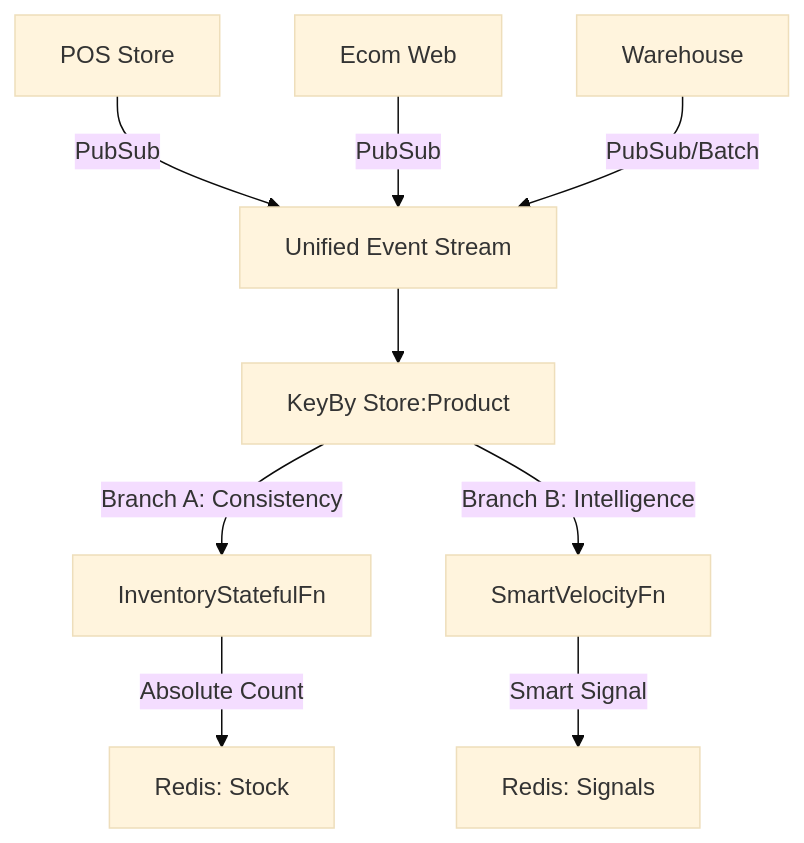
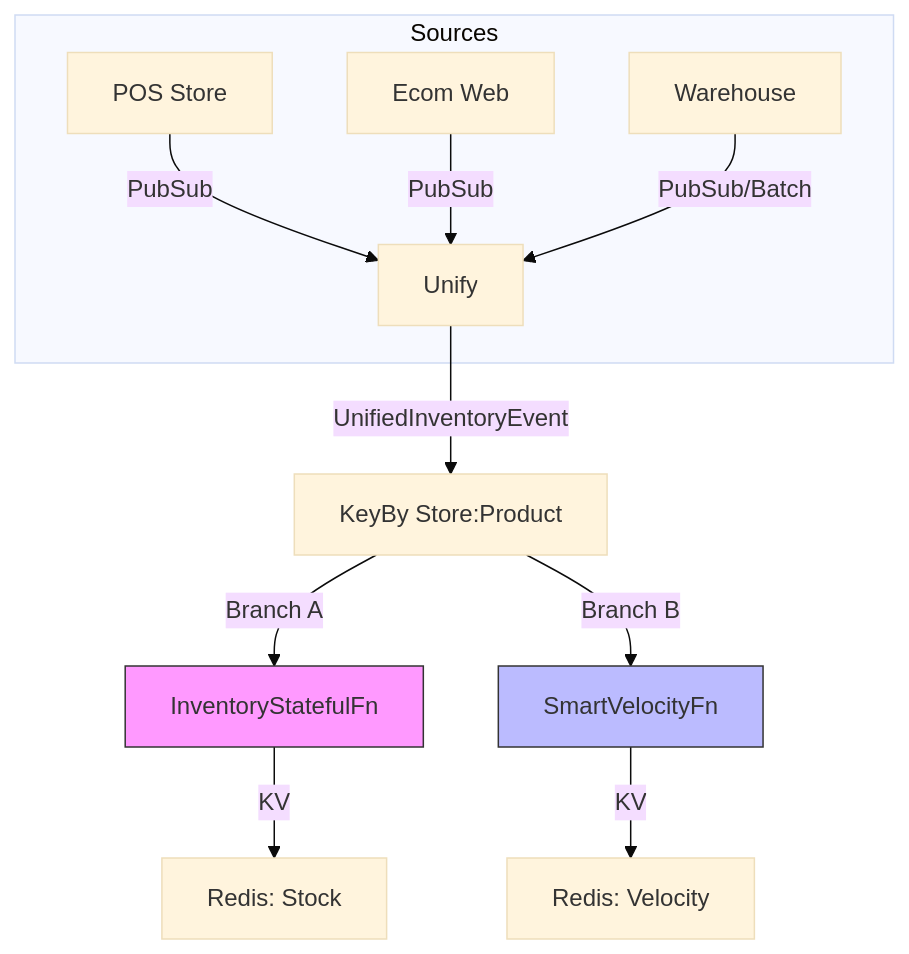
One commit to rtarway/ecommerce-streamlytics-clickstream2 changed the diagram in README.md. Above: the diagram before and after it, drawn with Mermaid (base theme).

Commit message:
docs: Update README diagram from walkthrough

````diff
--- a/README.md
+++ b/README.md
@@ -18,14 +18,19 @@
 ```mermaid
 graph TD
+    subgraph Sources
     POS[POS Store] --> |PubSub| U[Unify]
     ECOM[Ecom Web] --> |PubSub| U
-    WMS[Warehouse] --> |"PubSub/Batch"| U
+    WMS[Warehouse] --> |PubSub/Batch| U
+    end
+
+    U --> |UnifiedInventoryEvent| K[KeyBy Store:Product]
     
-    U["Unified Event Stream"] --> K["KeyBy Store:Product"]
+    K --> |Branch A| STATE[InventoryStatefulFn]
+    STATE --> |KV<Key, Count>| R1[Redis: Stock]
     
-    K --> |"Branch A: Consistency"| STATE[InventoryStatefulFn]
-    STATE --> |"Absolute Count"| R1["Redis: Stock"]
+    K --> |Branch B| VELOCITY[SmartVelocityFn]
+    VELOCITY --> |KV<Key, Signal>| R2[Redis: Velocity]
     
-    K --> |"Branch B: Intelligence"| VELOCITY[SmartVelocityFn]
-    VELOCITY --> |"Smart Signal"| R2["Redis: Signals"]
+    style STATE fill:#f9f,stroke:#333
+    style VELOCITY fill:#bbf,stroke:#333
 ```
````
